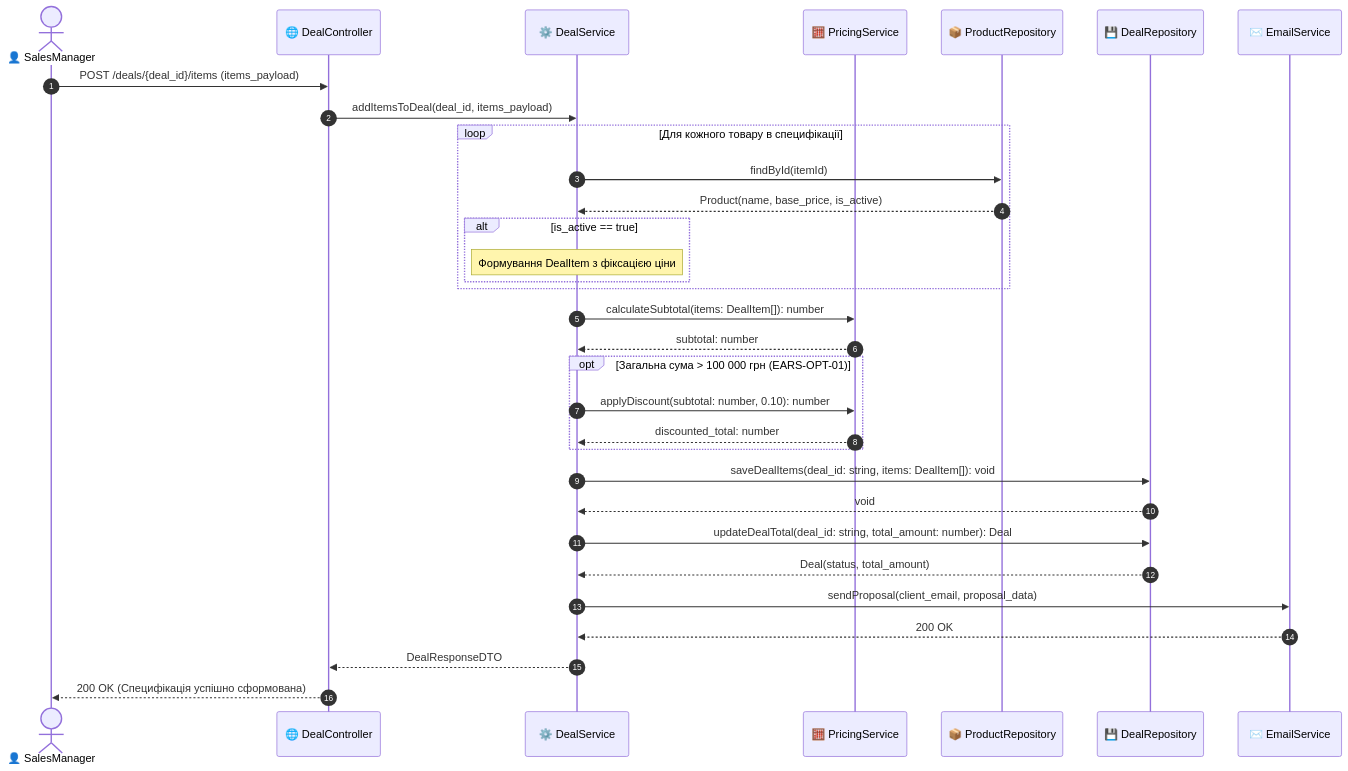
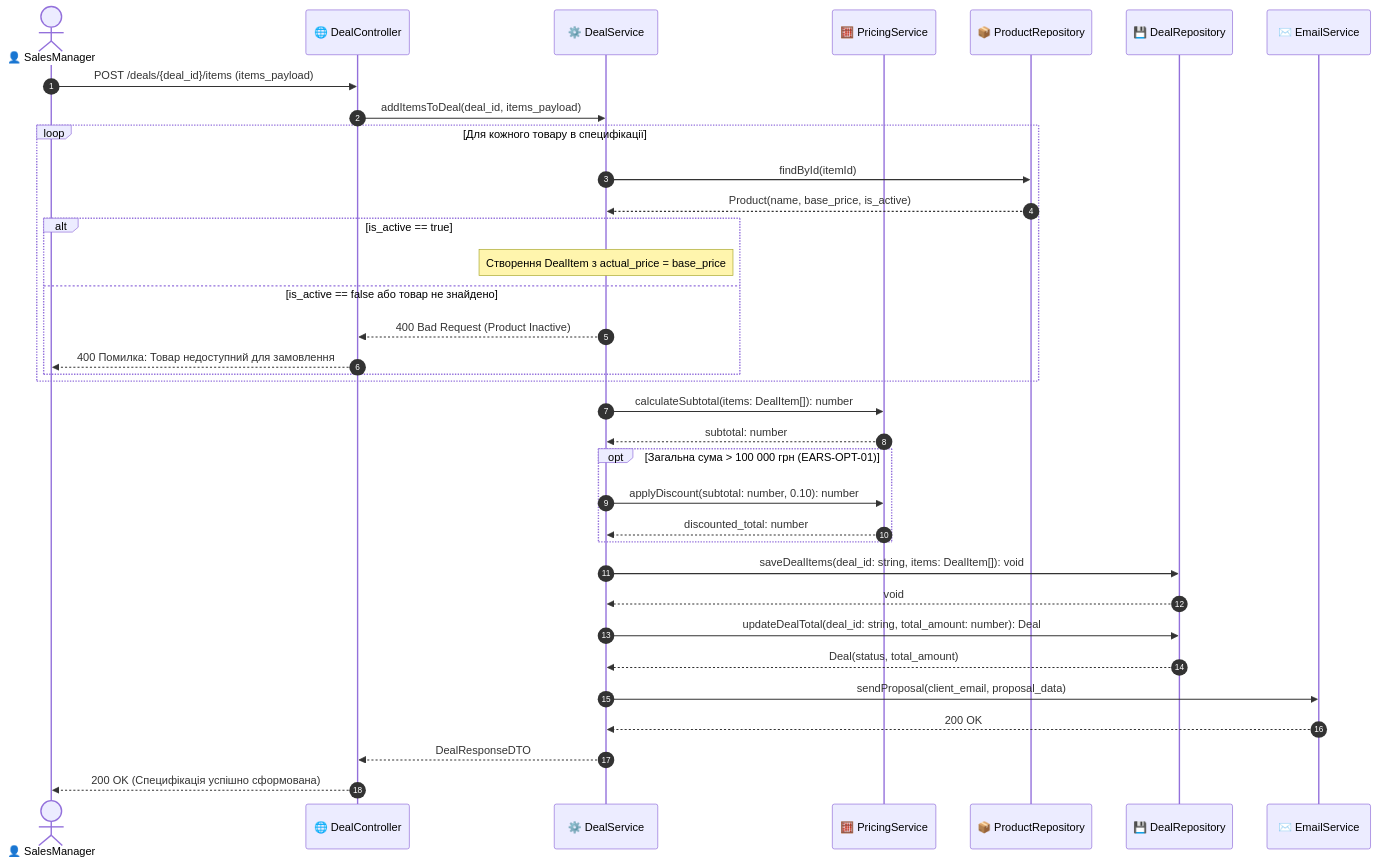
One commit to young3rrrr/KPI changed the diagram in Lab 3/model.mermaid. Above: the diagram before and after it, drawn with Mermaid. The commit also changed 2 other files, not shown here.

Commit message:
fix(spec): add alternate error branch for inactive product validation in alt block

```diff
--- a/Lab 3/model.mermaid
+++ b/Lab 3/model.mermaid
@@ -1,44 +1,47 @@
 sequenceDiagram
     autonumber
     actor Manager as 👤 SalesManager
     participant Controller as 🌐 DealController
     participant Service as ⚙️ DealService
     participant Pricing as 🧮 PricingService
     participant ProdRepo as 📦 ProductRepository
     participant DealRepo as 💾 DealRepository
     participant Email as ✉️ EmailService
 
     Manager ->> Controller: POST /deals/{deal_id}/items (items_payload)
     Controller ->> Service: addItemsToDeal(deal_id, items_payload)
 
     %% Цикл по товарах (з дефектом D-03: назви itemId, cost)
     loop Для кожного товару в специфікації
         Service ->> ProdRepo: findById(itemId)
         ProdRepo -->> Service: Product(name, base_price, is_active)
         %% Блок перевірки (з дефектом D-02: відсутня гілка else)
         alt is_active == true
-            Note over Service: Формування DealItem з фіксацією ціни
+            Note over Service: Створення DealItem з actual_price = base_price
+        else is_active == false або товар не знайдено
+            Service -->> Controller: 400 Bad Request (Product Inactive)
+            Controller -->> Manager: 400 Помилка: Товар недоступний для замовлення
         end
     end
 
     %% Розрахунок вартості
     Service ->> Pricing: calculateSubtotal(items: DealItem[]): number
     Pricing -->> Service: subtotal: number
 
     opt Загальна сума > 100 000 грн (EARS-OPT-01)
         Service ->> Pricing: applyDiscount(subtotal: number, 0.10): number
         Pricing -->> Service: discounted_total: number
     end
 
     %% Збереження позицій та оновлення суми угоди
     Service ->> DealRepo: saveDealItems(deal_id: string, items: DealItem[]): void
     DealRepo -->> Service: void
     Service ->> DealRepo: updateDealTotal(deal_id: string, total_amount: number): Deal
     DealRepo -->> Service: Deal(status, total_amount)
 
     %% Асинхронна відправка комерційної пропозиції
     Service ->> Email: sendProposal(client_email, proposal_data)
     Email -->> Service: 200 OK
 
     Service -->> Controller: DealResponseDTO
     Controller -->> Manager: 200 OK (Специфікація успішно сформована)
```
